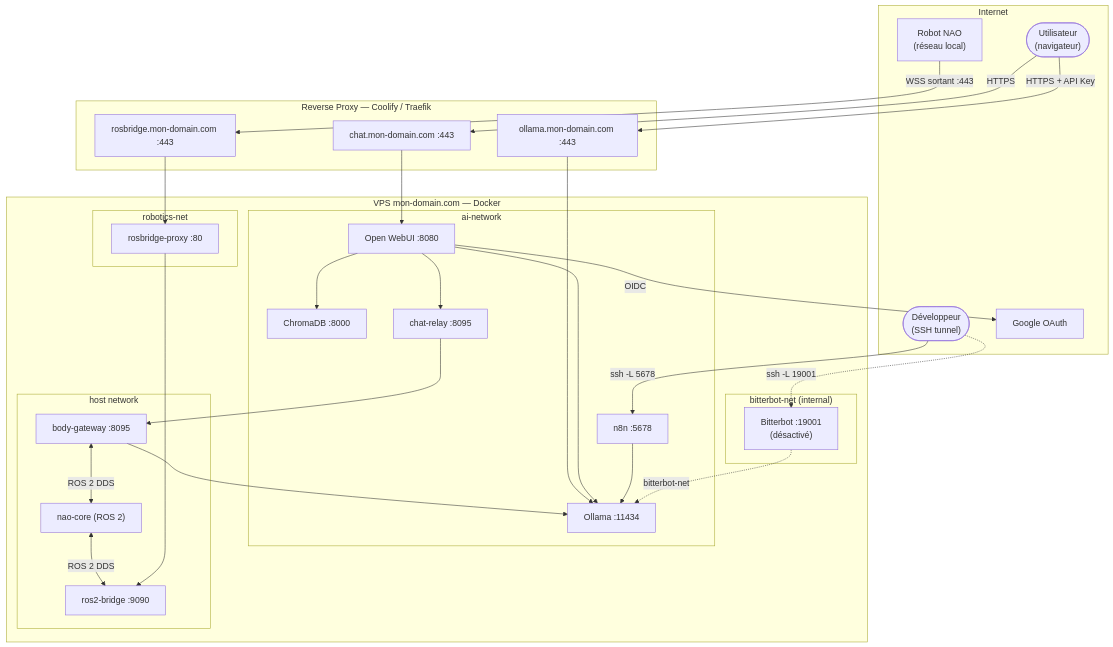
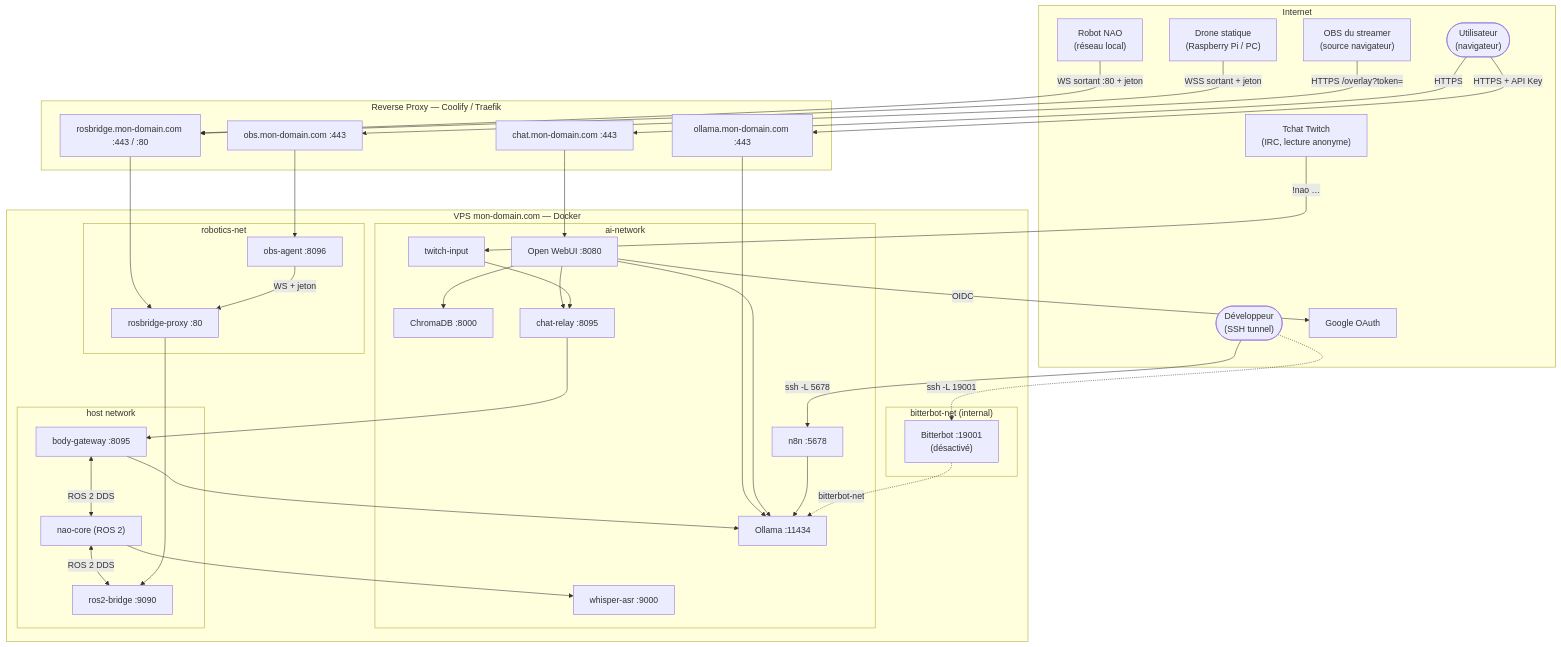
The diagram in README.md (Monolithoid/ia-agent), drawn with Mermaid before and after one commit. The commit also changed other lines of this file and 10 other files, not shown here.

First line of the commit message:
Docs : mise à jour après l'ADR 005 (Twitch, voix OBS)

````diff
--- a/README.md
+++ b/README.md
@@ -31,56 +31,69 @@
 ```mermaid
 flowchart TB
     subgraph Internet
         User(["Utilisateur\n(navigateur)"])
         Dev(["Développeur\n(SSH tunnel)"])
         Google["Google OAuth"]
         NAO["Robot NAO\n(réseau local)"]
+        Static["Drone statique\n(Raspberry Pi / PC)"]
+        Twitch["Tchat Twitch\n(IRC, lecture anonyme)"]
+        OBS["OBS du streamer\n(source navigateur)"]
     end
 
     subgraph Coolify["Reverse Proxy — Coolify / Traefik"]
         RP_Chat["chat.mon-domain.com :443"]
         RP_Ollama["ollama.mon-domain.com :443"]
-        RP_ROS["rosbridge.mon-domain.com :443"]
+        RP_ROS["rosbridge.mon-domain.com :443 / :80"]
+        RP_OBS["obs.mon-domain.com :443"]
     end
 
     subgraph Docker["VPS mon-domain.com — Docker"]
         subgraph aiNet["ai-network"]
             WebUI["Open WebUI :8080"]
             Ollama["Ollama :11434"]
             N8N["n8n :5678"]
             Chroma["ChromaDB :8000"]
             ChatRelay["chat-relay :8095"]
+            Whisper["whisper-asr :9000"]
+            TwitchIn["twitch-input"]
         end
 
         subgraph bbNet["bitterbot-net (internal)"]
             Bitterbot["Bitterbot :19001\n(désactivé)"]
         end
 
         subgraph hostNet["host network"]
             BodyGW["body-gateway :8095"]
             NaoCore["nao-core (ROS 2)"]
             Ros2Bridge["ros2-bridge :9090"]
         end
 
         subgraph robotNet["robotics-net"]
             RosbridgeProxy["rosbridge-proxy :80"]
+            ObsAgent["obs-agent :8096"]
         end
     end
 
     User -->|HTTPS| RP_Chat --> WebUI
     User -->|HTTPS + API Key| RP_Ollama --> Ollama
     Dev -->|"ssh -L 5678"| N8N
     Dev -.->|"ssh -L 19001"| Bitterbot
 
     WebUI -->|OIDC| Google
     WebUI --> Ollama & Chroma
     WebUI --> ChatRelay --> BodyGW
     N8N --> Ollama
     Bitterbot -.->|bitterbot-net| Ollama
 
     BodyGW --> Ollama
     BodyGW <-->|"ROS 2 DDS"| NaoCore
     NaoCore <-->|"ROS 2 DDS"| Ros2Bridge
 
-    NAO -->|"WSS sortant :443"| RP_ROS --> RosbridgeProxy --> Ros2Bridge
+    NaoCore --> Whisper
+    Twitch -->|"!nao …"| TwitchIn --> ChatRelay
+
+    NAO -->|"WS sortant :80 + jeton"| RP_ROS --> RosbridgeProxy --> Ros2Bridge
+    Static -->|"WSS sortant + jeton"| RP_ROS
+    ObsAgent -->|"WS + jeton"| RosbridgeProxy
+    OBS -->|"HTTPS /overlay?token="| RP_OBS --> ObsAgent
 ```
````
